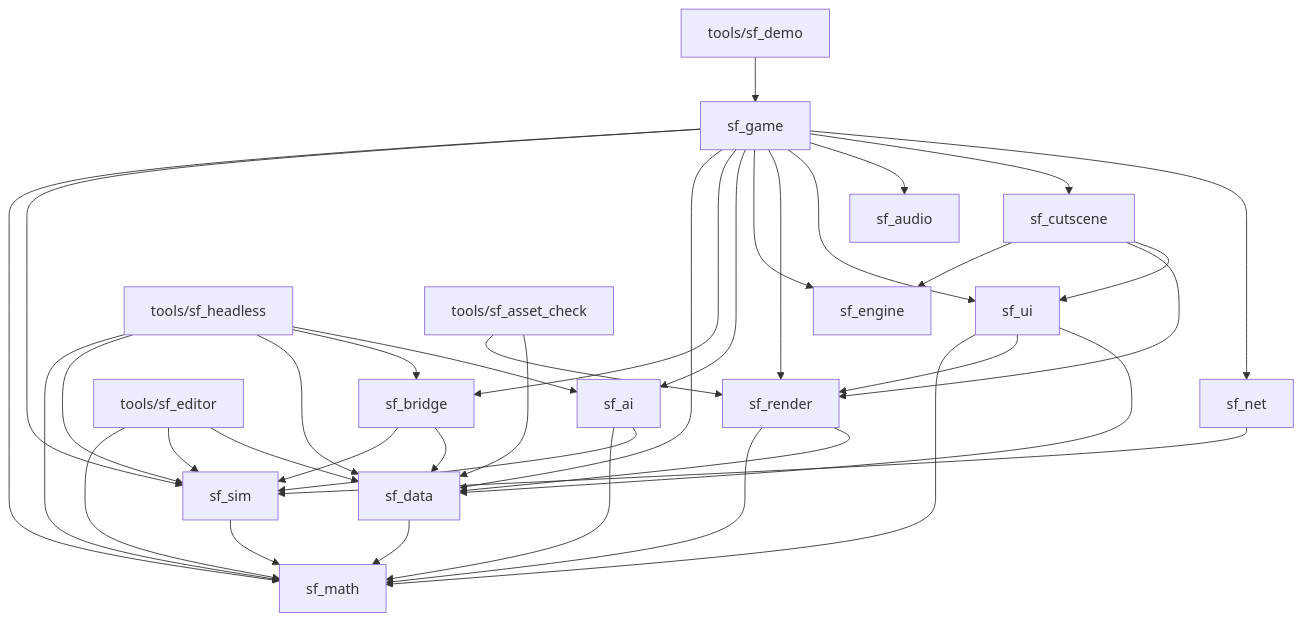
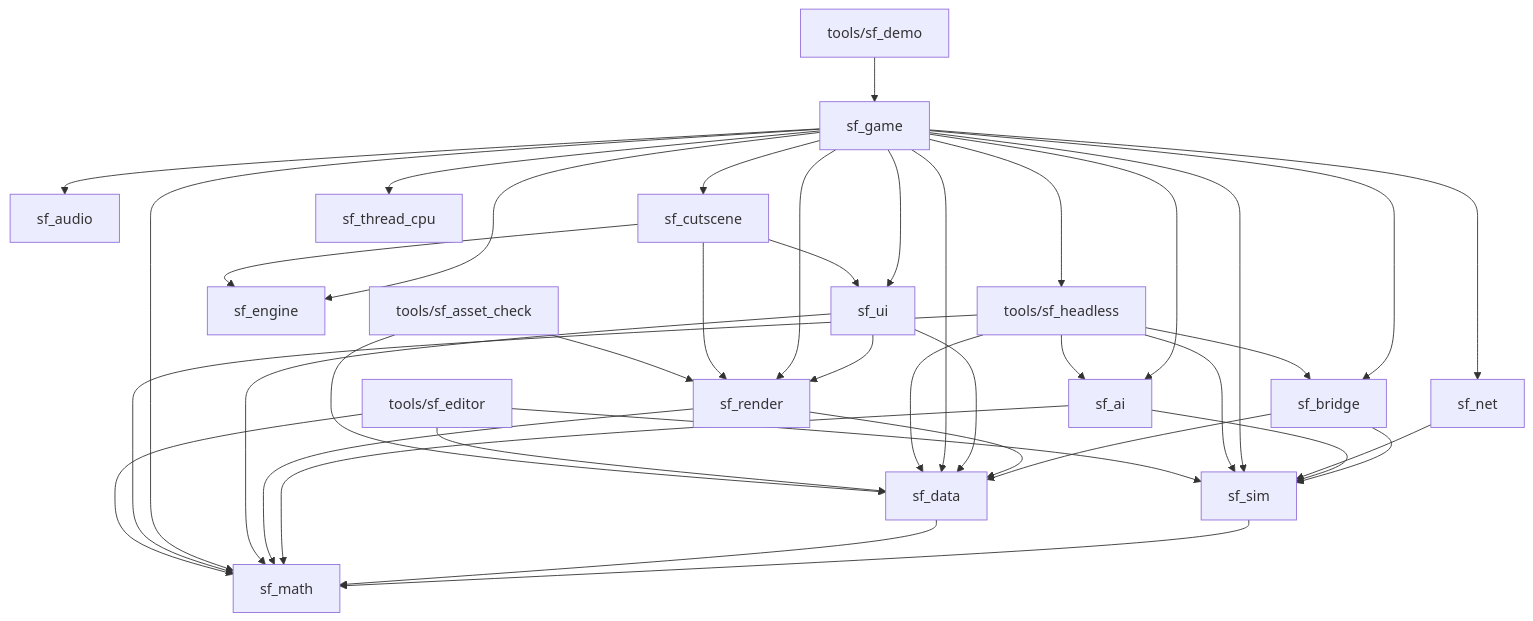
The diagram in docs/architecture.md (ultrasonicoverdrive/staalfront), drawn with Mermaid before and after one commit. The commit also changed other lines of this file and 28 other files, not shown here.

````diff
--- a/docs/architecture.md
+++ b/docs/architecture.md
@@ -47,40 +48,42 @@
 ```mermaid
 graph TD
   sf_sim --> sf_math
   sf_data --> sf_math
   sf_bridge --> sf_sim
   sf_bridge --> sf_data
   sf_ai --> sf_math
   sf_ai --> sf_sim
   sf_render --> sf_math
   sf_render --> sf_data
   sf_ui --> sf_math
   sf_ui --> sf_render
   sf_ui --> sf_data
   sf_net --> sf_sim
   sf_game --> sf_math
   sf_game --> sf_sim
   sf_game --> sf_data
   sf_game --> sf_bridge
   sf_game --> sf_ai
   sf_game --> sf_engine
   sf_game --> sf_render
   sf_game --> sf_ui
   sf_game --> sf_audio
   sf_game --> sf_cutscene
   sf_game --> sf_net
+  sf_game --> sf_thread_cpu
+  sf_game --> sf_headless
   sf_cutscene --> sf_engine
   sf_cutscene --> sf_render
   sf_cutscene --> sf_ui
   sf_headless[tools/sf_headless] --> sf_math
   sf_headless --> sf_sim
   sf_headless --> sf_data
   sf_headless --> sf_bridge
   sf_headless --> sf_ai
   sf_demo[tools/sf_demo] --> sf_game
   sf_editor[tools/sf_editor] --> sf_math
   sf_editor --> sf_sim
   sf_editor --> sf_data
   sf_asset_check[tools/sf_asset_check] --> sf_render
   sf_asset_check --> sf_data
 ```
````
